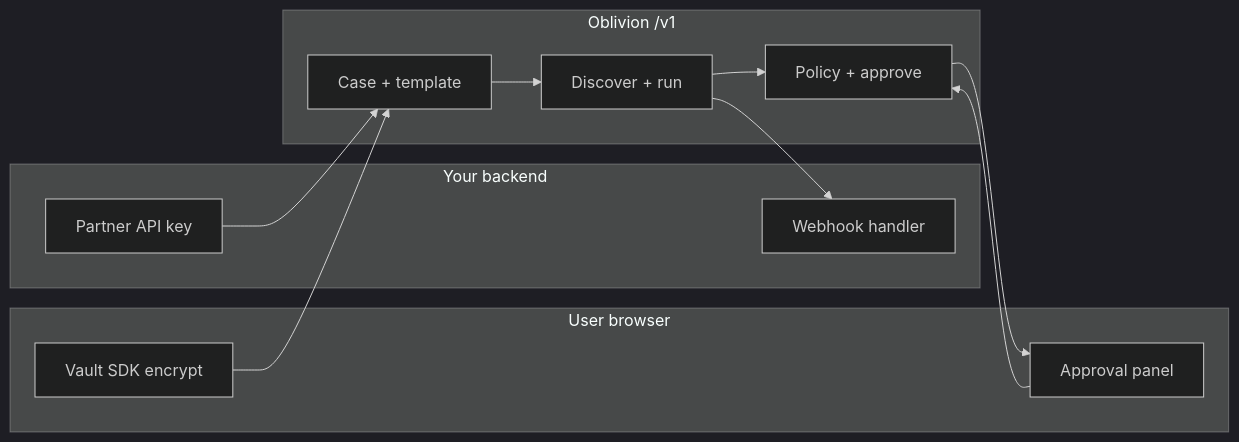
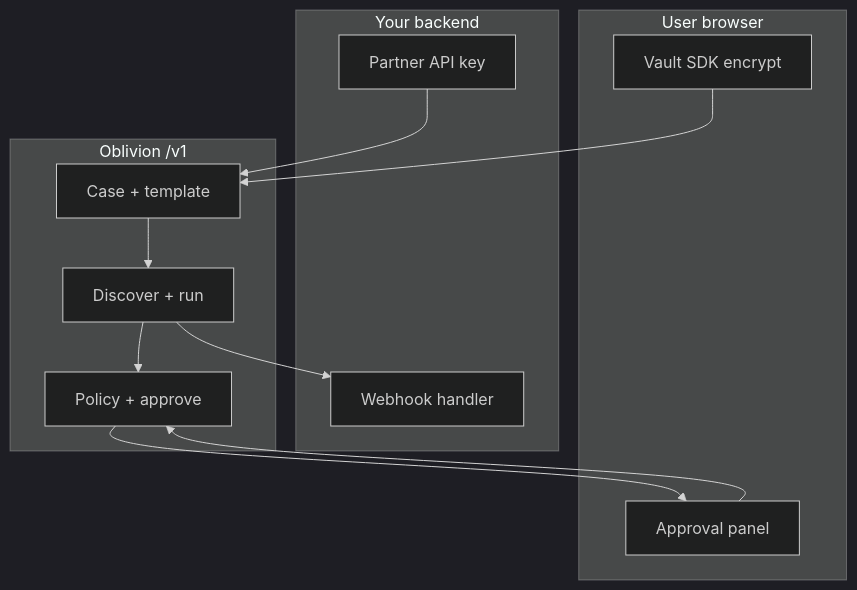
Before and after one commit to thomasjvu/oblivion: the diagram in docs/src/docs/content/developers/partner-api.md, drawn with Mermaid (dark theme). The commit also changed 19 other files, not shown here.

First line of the commit message:
docs: code-block footer path, spin ring, readable mermaid diagrams

````diff
--- a/docs/src/docs/content/developers/partner-api.md
+++ b/docs/src/docs/content/developers/partner-api.md
@@ -5,25 +5,26 @@
 ```mermaid
-flowchart LR
+flowchart TB
   subgraph Partner["Your backend"]
     API[Partner API key]
     WH[Webhook handler]
   end
 
   subgraph User["User browser"]
     Vault[Vault SDK encrypt]
     UI[Approval panel]
   end
 
   subgraph Oblivion["Oblivion /v1"]
     Case[Case + template]
     Agent[Discover + run]
     Gate[Policy + approve]
   end
 
   API --> Case
   Vault --> Case
-  Case --> Agent --> Gate
+  Case --> Agent
+  Agent --> Gate
   Gate --> UI
   UI --> Gate
   Agent --> WH
 ```
````
